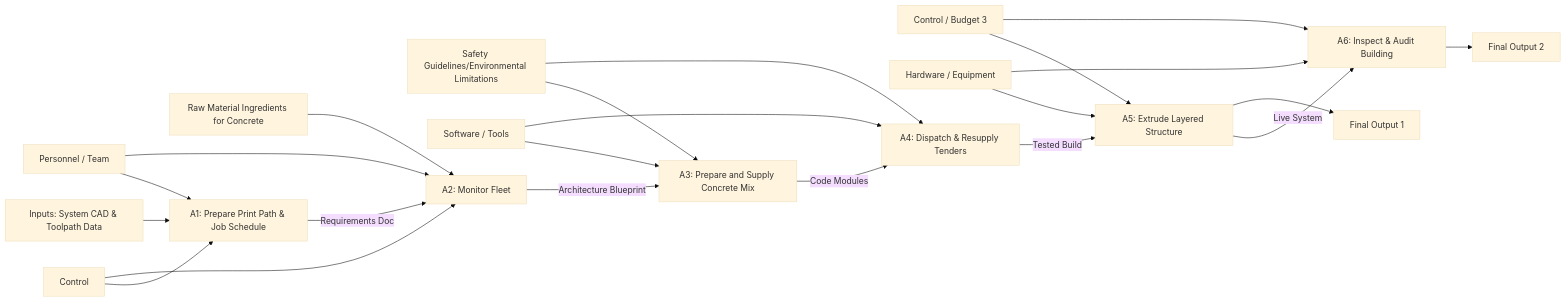
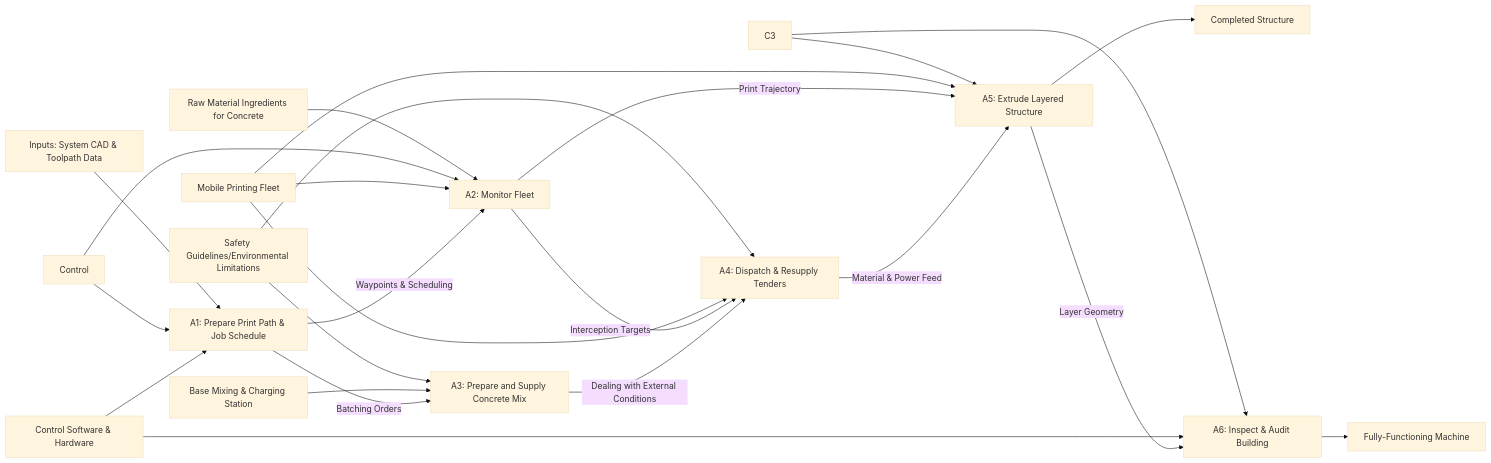
The second of 2 diagrams in README.md (jbacenty-creator/MMET-491-IDEF0), drawn with Mermaid (base theme) before and after one commit.

````diff
--- a/README.md
+++ b/README.md
@@ -24,49 +24,50 @@
 ```mermaid
 flowchart LR
     I1["Inputs: System CAD & Toolpath Data"]
     I2["Raw Material Ingredients for Concrete"]
 
     C1["Control"]
     C2["Safety Guidelines/Environmental Limitations"]
-    C3[Control / Budget 3]
 
-    M1[Personnel / Team]
-    M2[Software / Tools]
-    M3[Hardware / Equipment]
+    M1["Mobile Printing Fleet"]
+    M2["Base Mixing & Charging Station"]
+    M3["Control Software & Hardware"]
 
-    O1[Final Output 1]
-    O2[Final Output 2]
+    O1["Completed Structure"]
+    O2["Fully-Functioning Machine"]
 
-    A1[A1: Prepare Print Path & Job Schedule]
-    A2[A2: Monitor Fleet]
-    A3[A3: Prepare and Supply Concrete Mix]
-    A4[A4: Dispatch & Resupply Tenders]
-    A5[A5: Extrude Layered Structure]
-    A6[A6: Inspect & Audit Building]
+    A1["A1: Prepare Print Path & Job Schedule"]
+    A2["A2: Monitor Fleet"]
+    A3["A3: Prepare and Supply Concrete Mix"]
+    A4["A4: Dispatch & Resupply Tenders"]
+    A5["A5: Extrude Layered Structure"]
+    A6["A6: Inspect & Audit Building"]
 
     I1 --> A1
     I2 --> A2
 
     C1 --> A1
     C1 --> A2
     C2 --> A3
     C2 --> A4
     C3 --> A5
     C3 --> A6
 
-    M1 --> A1
+    M1 --> A5
     M1 --> A2
+    M1 --> A4
     M2 --> A3
-    M2 --> A4
-    M3 --> A5
+    M3 --> A1
     M3 --> A6
 
-    A1 -->|Requirements Doc| A2
-    A2 -->|Architecture Blueprint| A3
-    A3 -->|Code Modules| A4
-    A4 -->|Tested Build| A5
-    A5 -->|Live System| A6
+    A1 -->|Waypoints & Scheduling| A2
+    A1 -->|Batching Orders| A3
+    A2 -->|Interception Targets| A4
+    A2 -->|Print Trajectory| A5
+    A3 -->|Dealing with External Conditions| A4
+    A4 -->|Material & Power Feed| A5
+    A5 -->|Layer Geometry| A6
 
     A5 --> O1
     A6 --> O2
 ```
````
